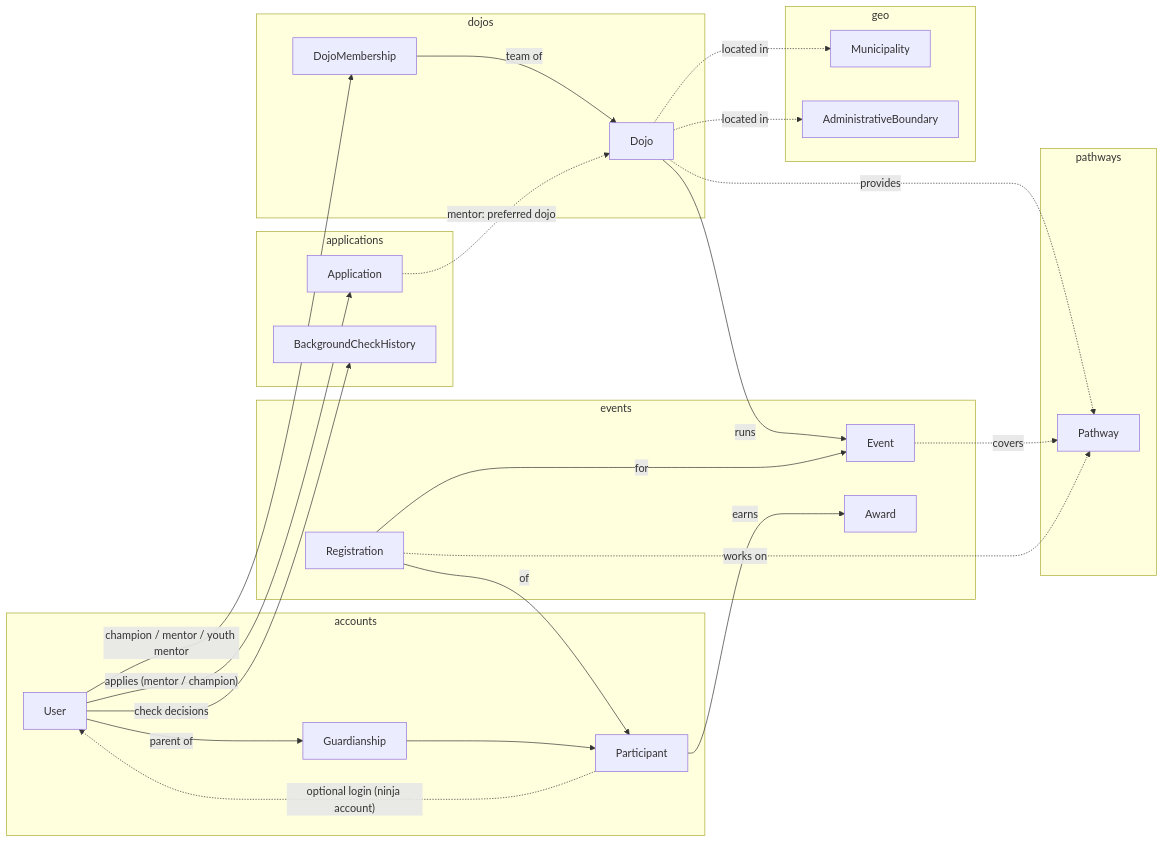
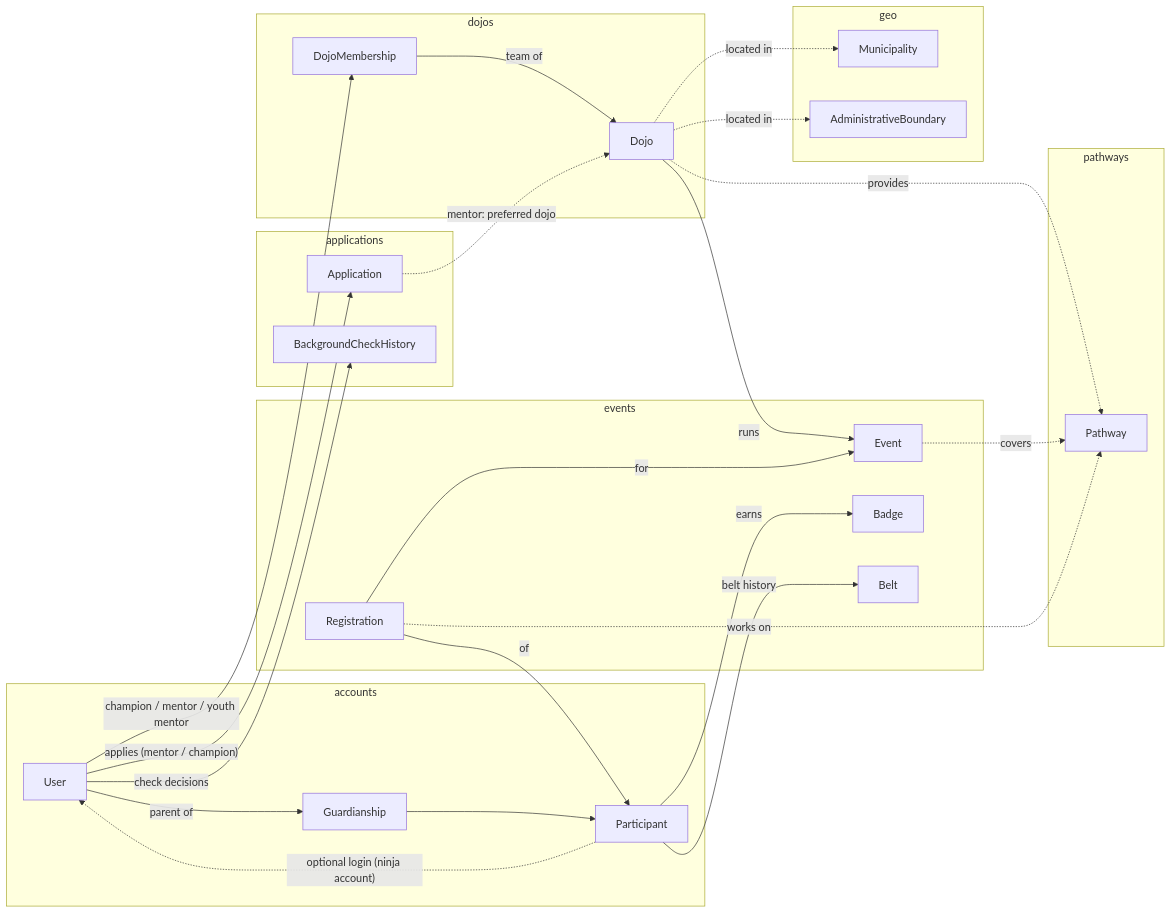
One commit to DoublG/coderdojo-event-registration changed the first of 20 diagrams in DATA_MODEL.md. Above: the diagram before and after it, drawn with Mermaid. The commit also changed other lines of this file and 27 other files, not shown here.

````diff
--- a/DATA_MODEL.md
+++ b/DATA_MODEL.md
@@ -41,45 +41,47 @@
 ```mermaid
 flowchart LR
     subgraph accounts
         User
         Guardianship
         Participant
     end
     subgraph dojos
         Dojo
         DojoMembership
     end
     subgraph events
         Event
         Registration
-        Award
+        Badge
+        Belt
     end
     subgraph applications
         Application
         BackgroundCheckHistory
     end
     subgraph pathways
         Pathway
     end
     subgraph geo
         Municipality
         AdministrativeBoundary
     end
 
     User -- "champion / mentor / youth mentor" --> DojoMembership
     DojoMembership -- "team of" --> Dojo
     User -- "parent of" --> Guardianship
     Guardianship --> Participant
     Participant -. "optional login (ninja account)" .-> User
     Dojo -- runs --> Event
     Registration -- for --> Event
     Registration -- of --> Participant
     Dojo -. "provides" .-> Pathway
     Event -. "covers" .-> Pathway
     Registration -. "works on" .-> Pathway
-    Participant -- earns --> Award
+    Participant -- earns --> Badge
+    Participant -- "belt history" --> Belt
     User -- "applies (mentor / champion)" --> Application
     User -- "check decisions" --> BackgroundCheckHistory
     Application -. "mentor: preferred dojo" .-> Dojo
     Dojo -. located in .-> Municipality & AdministrativeBoundary
 ```
````
